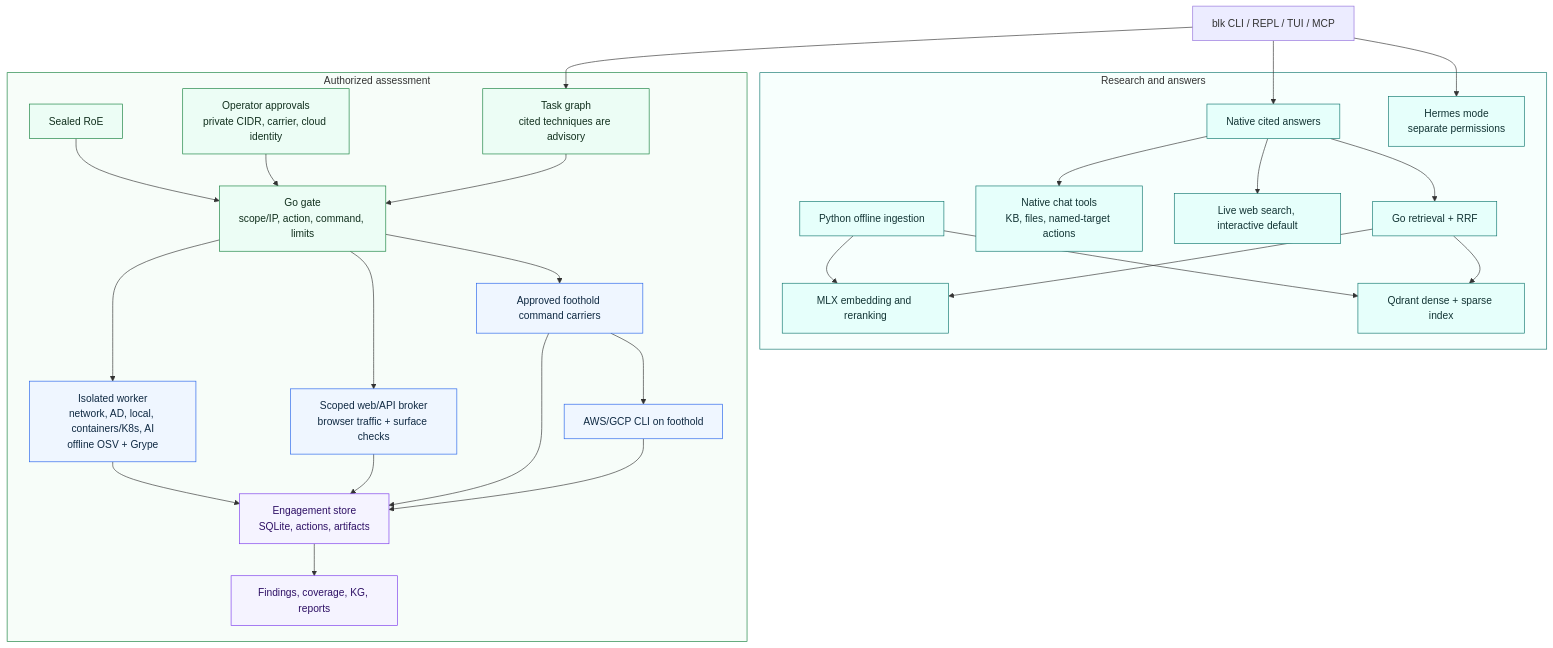
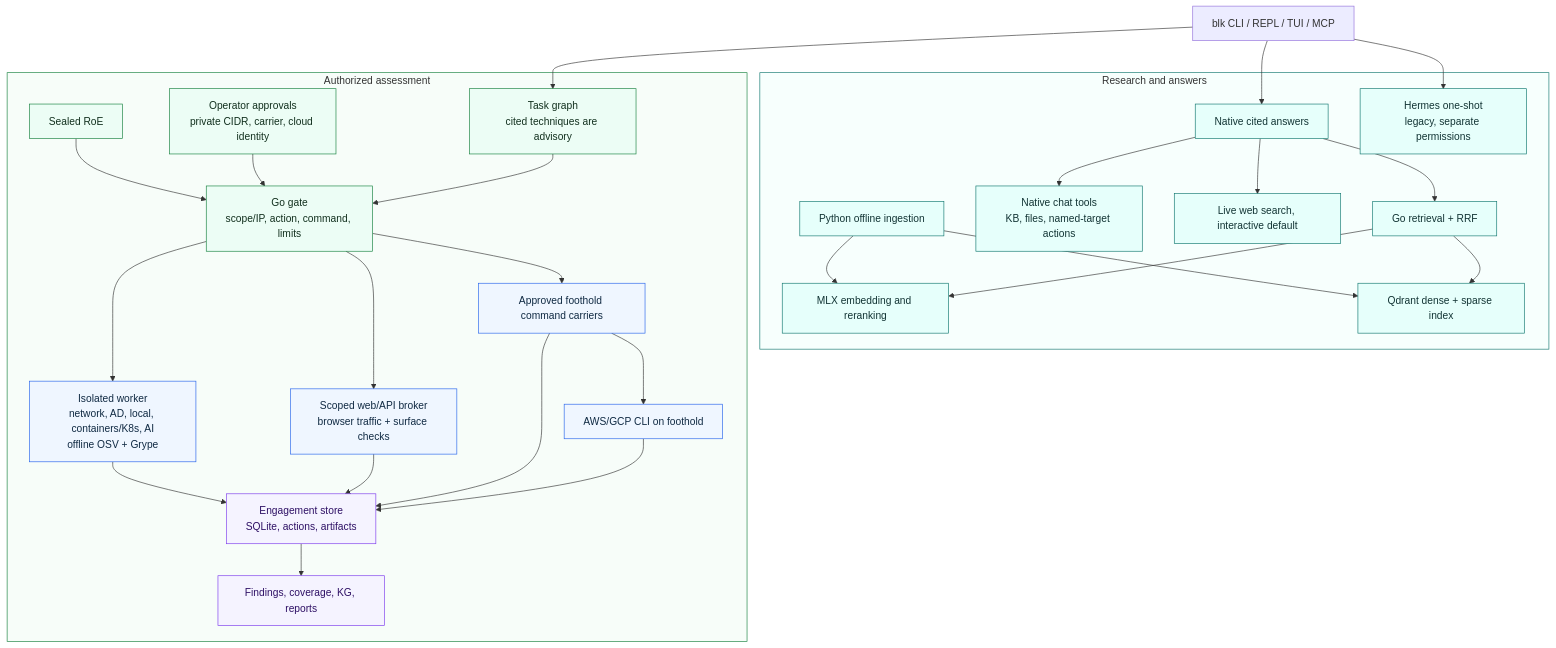
One commit to abelreqma/blkchain changed the diagram in docs/ARCHITECTURE.md. Above: the diagram before and after it, drawn with Mermaid. The commit also changed other lines of this file and 3 other files, not shown here.

````diff
--- a/docs/ARCHITECTURE.md
+++ b/docs/ARCHITECTURE.md
@@ -22,62 +25,62 @@
 ```mermaid
 flowchart TB
   Entry["blk CLI / REPL / TUI / MCP"]
 
   subgraph Research["Research and answers"]
     Index["Python offline ingestion"]
     MLX["MLX embedding and reranking"]
     Qdrant["Qdrant dense + sparse index"]
     Native["Native cited answers"]
     ChatTools["Native chat tools<br/>KB, files, named-target actions"]
     Web["Live web search, interactive default"]
     Retrieval["Go retrieval + RRF"]
-    Hermes["Hermes mode<br/>separate permissions"]
+    Hermes["Hermes one-shot<br/>legacy, separate permissions"]
   end
 
   subgraph Assessment["Authorized assessment"]
     Roe["Sealed RoE"]
     Approval["Operator approvals<br/>private CIDR, carrier, cloud identity"]
     Plan["Task graph<br/>cited techniques are advisory"]
     Gate["Go gate<br/>scope/IP, action, command, limits"]
     Worker["Isolated worker<br/>network, AD, local, containers/K8s, AI<br/>offline OSV + Grype"]
     Broker["Scoped web/API broker<br/>browser traffic + surface checks"]
     Pivot["Approved foothold command carriers"]
     Cloud["AWS/GCP CLI on foothold"]
     Store["Engagement store<br/>SQLite, actions, artifacts"]
     Review["Findings, coverage, KG, reports"]
   end
 
   Entry --> Native
   Entry --> Hermes
   Entry --> Plan
   Index --> MLX
   Index --> Qdrant
   Native --> Retrieval
   Native --> ChatTools
   Native --> Web
   Retrieval --> MLX
   Retrieval --> Qdrant
   Roe --> Gate
   Approval --> Gate
   Plan --> Gate
   Gate --> Worker
   Gate --> Broker
   Gate --> Pivot
   Pivot --> Cloud
   Worker --> Store
   Broker --> Store
   Pivot --> Store
   Cloud --> Store
   Store --> Review
 
   style Research fill:#f7fffd,stroke:#0f766e,stroke-width:1px
   style Assessment fill:#f7fdf9,stroke:#15803d,stroke-width:1px
   classDef research fill:#e6fffb,stroke:#0f766e,color:#123434,font-size:16px
   classDef control fill:#ecfdf5,stroke:#15803d,color:#12301e,font-size:16px
   classDef execution fill:#eff6ff,stroke:#2563eb,color:#102a43,font-size:16px
   classDef evidence fill:#f5f3ff,stroke:#7c3aed,color:#2e1065,font-size:16px
   class Index,MLX,Qdrant,Native,ChatTools,Web,Retrieval,Hermes research
   class Roe,Approval,Plan,Gate control
   class Worker,Broker,Pivot,Cloud execution
   class Store,Review evidence
 ```
````
